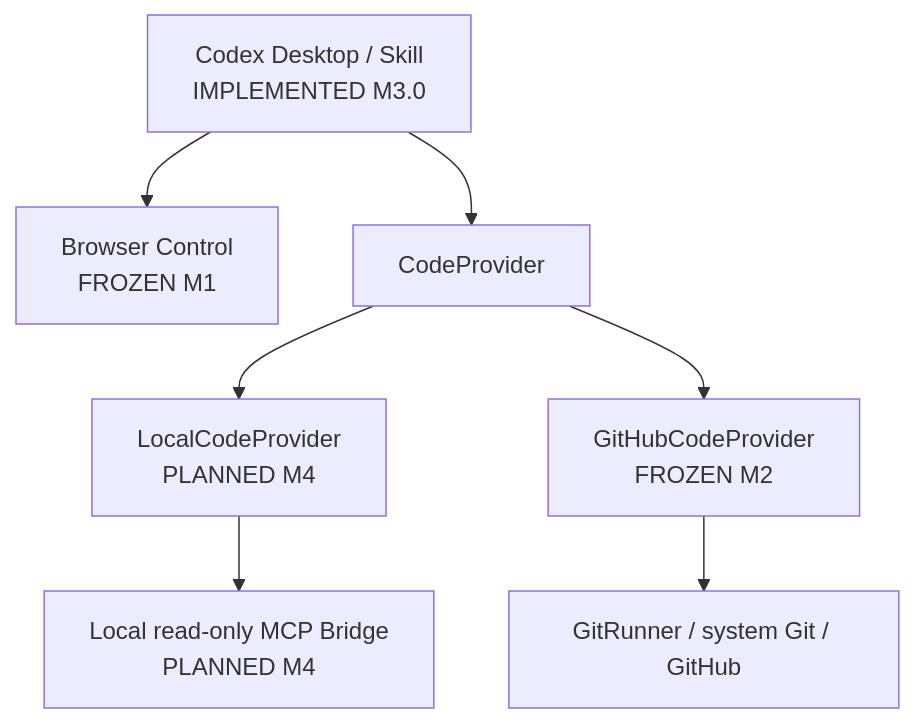
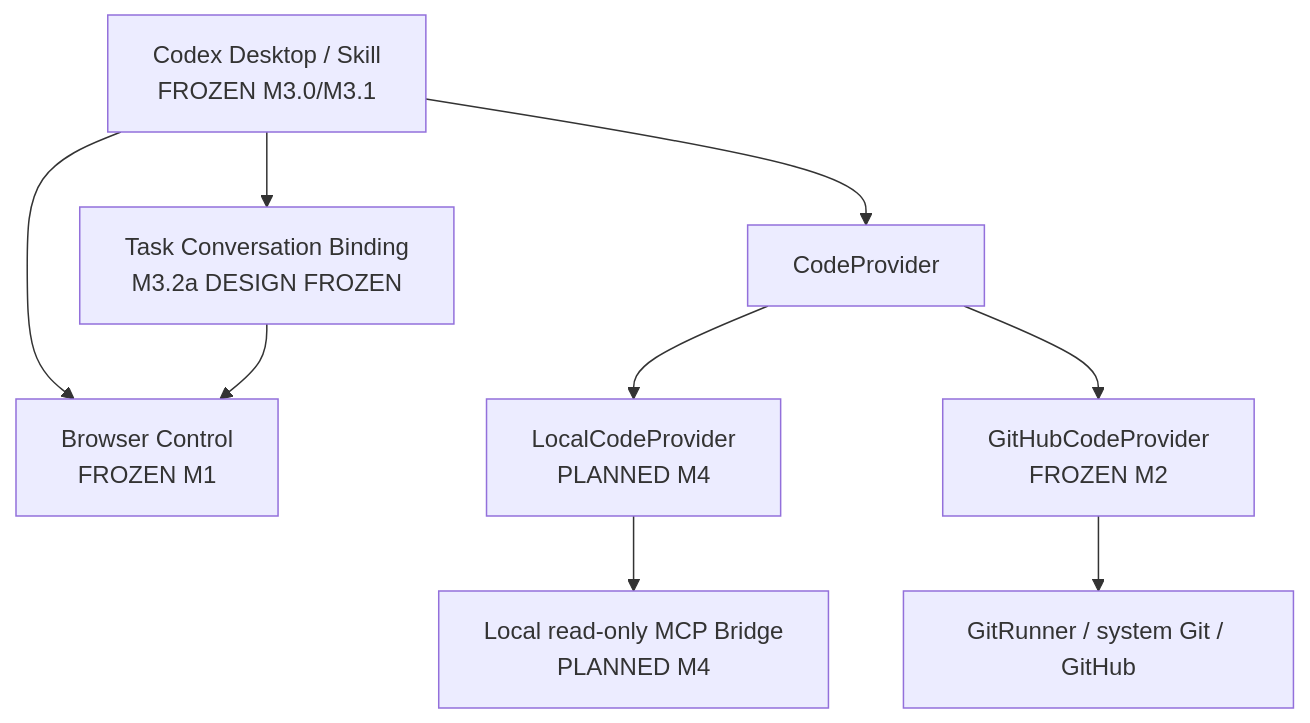
The third of 3 diagrams in docs/architecture.md (Jickfu/codex-duet), drawn with Mermaid before and after one commit. The commit also changed other lines of this file and 5 other files, not shown here.

Commit message:
docs: freeze M3.2a conversation binding design

````diff
--- a/docs/architecture.md
+++ b/docs/architecture.md
@@ -53,10 +53,12 @@
 ```mermaid
 flowchart TB
-    O[Codex Desktop / Skill<br/>IMPLEMENTED M3.0]
+    O[Codex Desktop / Skill<br/>FROZEN M3.0/M3.1]
     O --> B[Browser Control<br/>FROZEN M1]
+    O --> T[Task Conversation Binding<br/>M3.2a DESIGN FROZEN]
+    T --> B
     O --> C[CodeProvider]
     C --> L[LocalCodeProvider<br/>PLANNED M4]
     C --> G[GitHubCodeProvider<br/>FROZEN M2]
     L --> M[Local read-only MCP Bridge<br/>PLANNED M4]
     G --> Git[GitRunner / system Git / GitHub]
 ```
````
